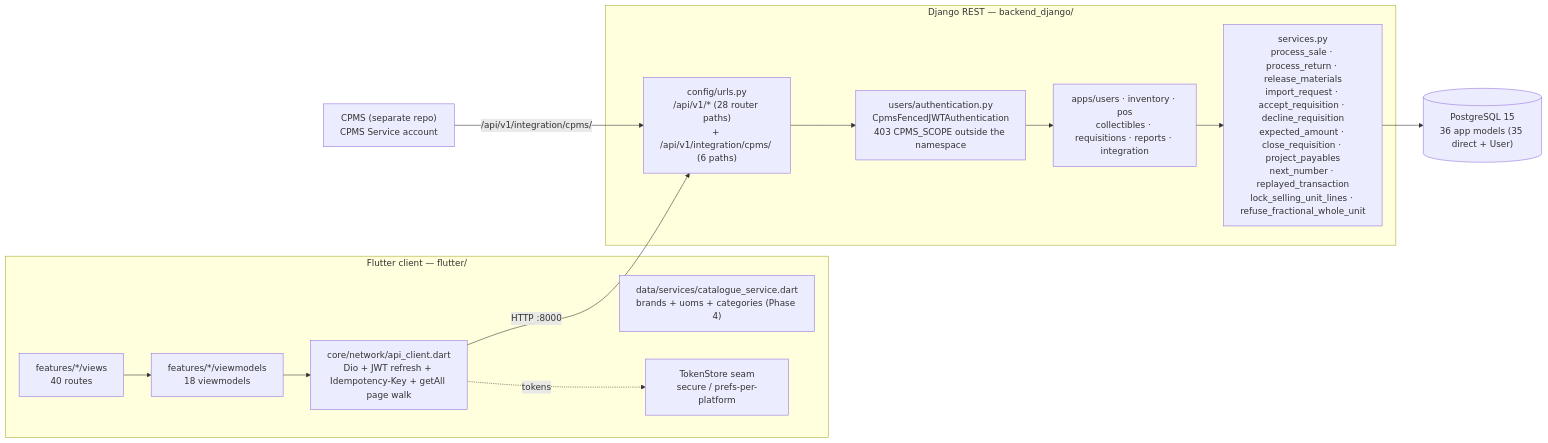
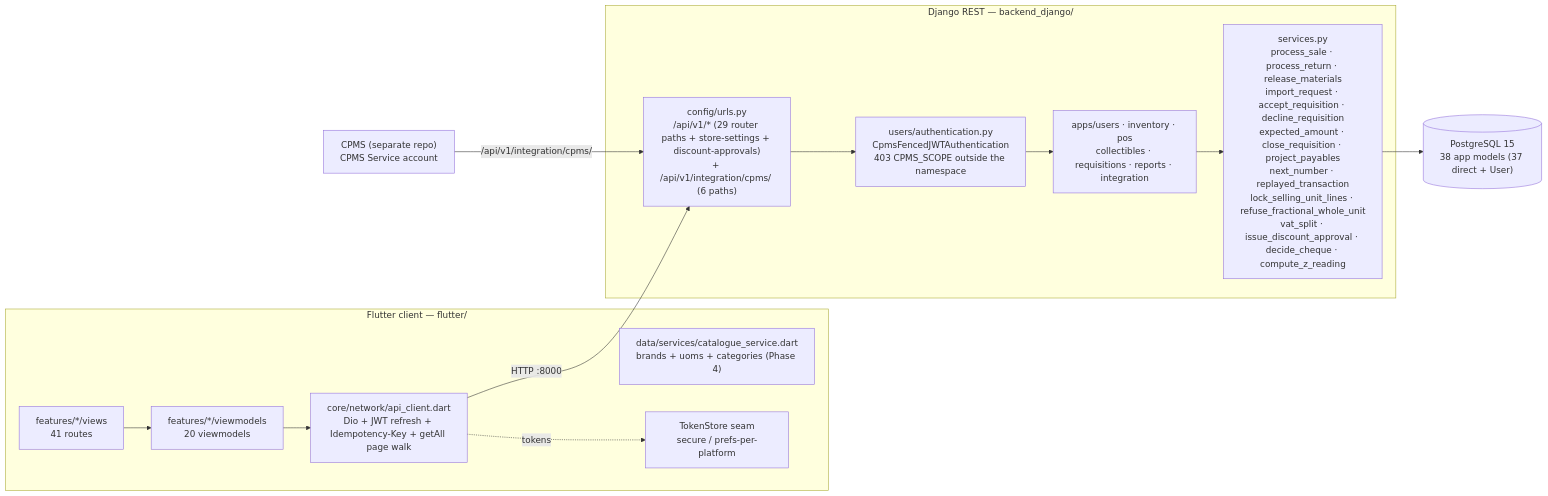
Before and after one commit to ziminni/qb_hardwarestore: the first of 2 diagrams in docs/SYSTEM_ATLAS.md, drawn with Mermaid. The commit also changed other lines of this file and 143 other files, not shown here.

````diff
--- a/docs/SYSTEM_ATLAS.md
+++ b/docs/SYSTEM_ATLAS.md
@@ -13,24 +13,24 @@
 ```mermaid
 flowchart LR
   subgraph Client["Flutter client — flutter/"]
-    UI["features/*/views<br/>40 routes"]
-    VM["features/*/viewmodels<br/>18 viewmodels"]
+    UI["features/*/views<br/>41 routes"]
+    VM["features/*/viewmodels<br/>20 viewmodels"]
     NET["core/network/api_client.dart<br/>Dio + JWT refresh + Idempotency-Key + getAll page walk"]
     CAT["data/services/catalogue_service.dart<br/>brands + uoms + categories (Phase 4)"]
     SEC["TokenStore seam<br/>secure / prefs-per-platform"]
     UI --> VM --> NET
     NET -. tokens .-> SEC
   end
   subgraph Server["Django REST — backend_django/"]
-    URLS["config/urls.py<br/>/api/v1/* (28 router paths)<br/>+ /api/v1/integration/cpms/ (6 paths)"]
+    URLS["config/urls.py<br/>/api/v1/* (29 router paths + store-settings + discount-approvals)<br/>+ /api/v1/integration/cpms/ (6 paths)"]
     AUTH["users/authentication.py<br/>CpmsFencedJWTAuthentication<br/>403 CPMS_SCOPE outside the namespace"]
     APPS["apps/users · inventory · pos<br/>collectibles · requisitions · reports · integration"]
-    SVC["services.py<br/>process_sale · process_return · release_materials<br/>import_request · accept_requisition · decline_requisition<br/>expected_amount · close_requisition · project_payables<br/>next_number · replayed_transaction<br/>lock_selling_unit_lines · refuse_fractional_whole_unit"]
+    SVC["services.py<br/>process_sale · process_return · release_materials<br/>import_request · accept_requisition · decline_requisition<br/>expected_amount · close_requisition · project_payables<br/>next_number · replayed_transaction<br/>lock_selling_unit_lines · refuse_fractional_whole_unit<br/>vat_split · issue_discount_approval · decide_cheque · compute_z_reading"]
     URLS --> AUTH --> APPS --> SVC
   end
   CPMS["CPMS (separate repo)<br/>CPMS Service account"]
-  DB[("PostgreSQL 15<br/>36 app models (35 direct + User)")]
+  DB[("PostgreSQL 15<br/>38 app models (37 direct + User)")]
   NET -- "HTTP :8000" --> URLS
   CPMS -- "/api/v1/integration/cpms/" --> URLS
   SVC --> DB
 ```
````
